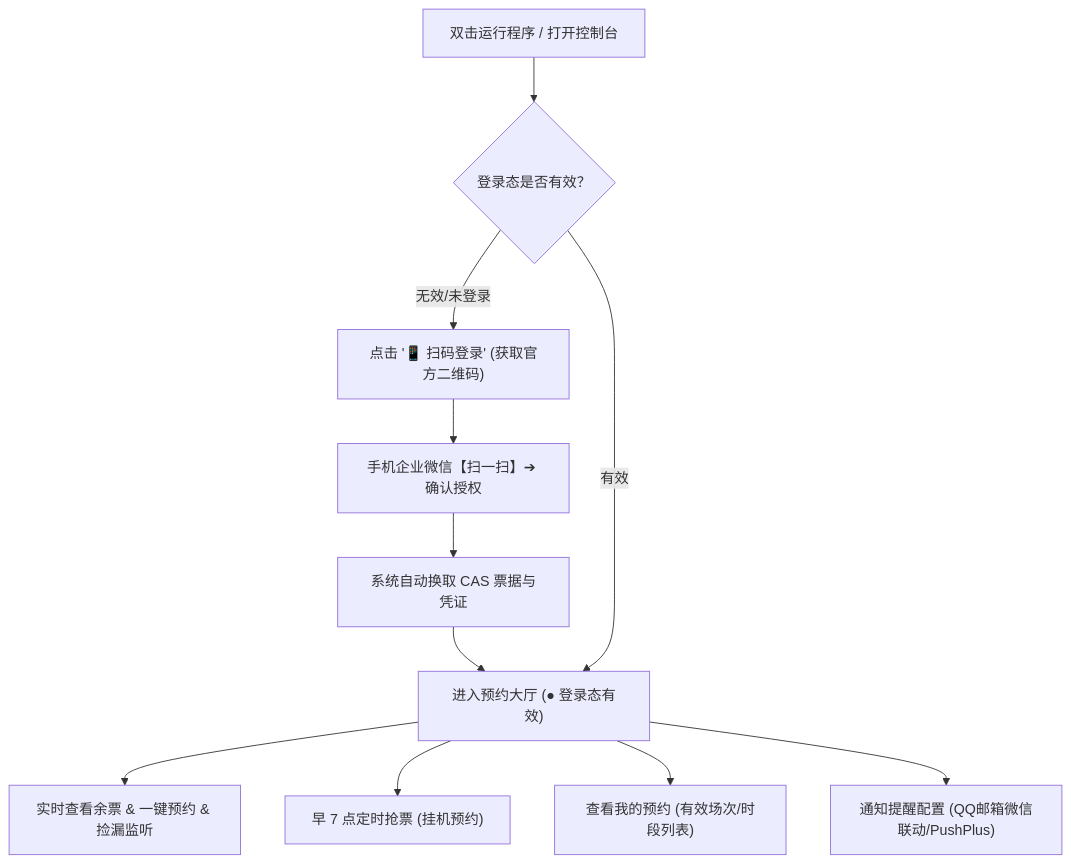
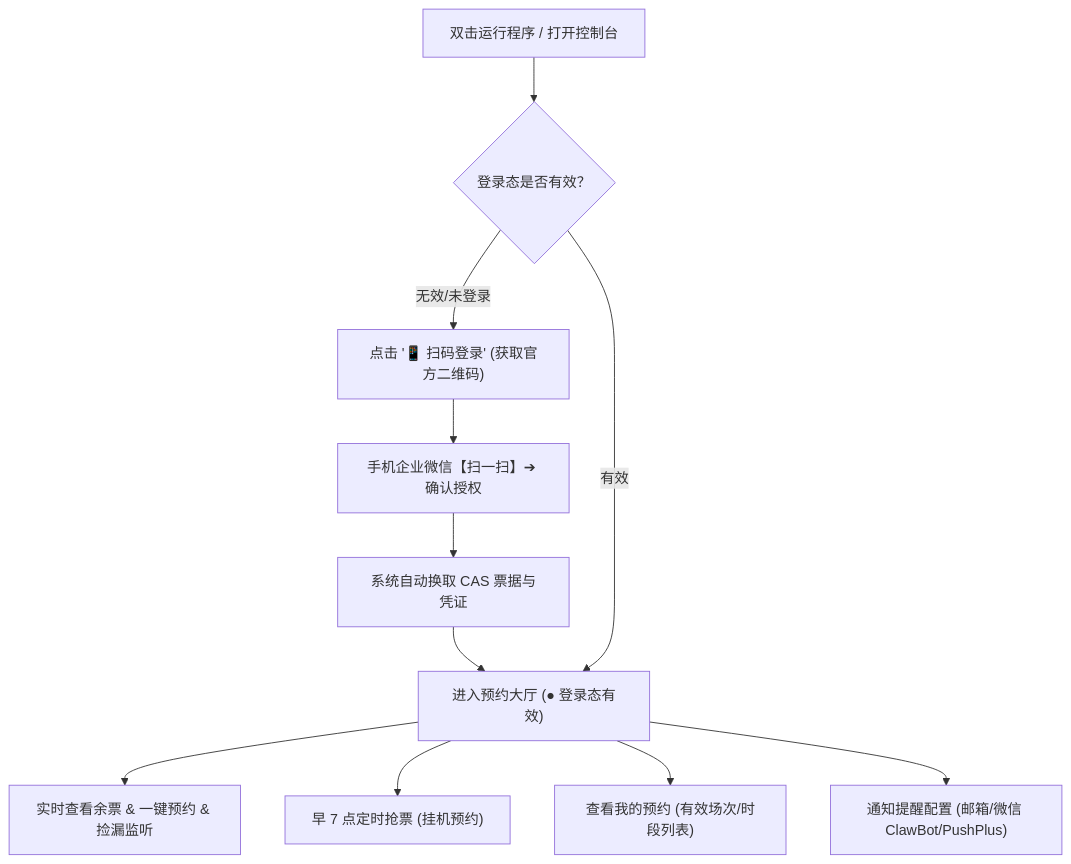
Before and after one commit to hechen-coder/XMU-Gym-reservation-script: the diagram in README.md, drawn with Mermaid. The commit also changed other lines of this file and 15 other files, not shown here.

Commit message:
feat(notify): add WeChat ClawBot alongside email with concise reminders

````diff
--- a/README.md
+++ b/README.md
@@ -77,13 +77,13 @@
 ```mermaid
 graph TD
     A["双击运行程序 / 打开控制台"] --> B{"登录态是否有效？"}
     B -- 无效/未登录 --> C["点击 '📱 扫码登录' (获取官方二维码)"]
     C --> D["手机企业微信【扫一扫】➔ 确认授权"]
     D --> E["系统自动换取 CAS 票据与凭证"]
     E --> F["进入预约大厅 (● 登录态有效)"]
     B -- 有效 --> F
     F --> G["实时查看余票 & 一键预约 & 捡漏监听"] 
     F --> H["早 7 点定时抢票 (挂机预约)"]
     F --> I["查看我的预约 (有效场次/时段列表)"]
-    F --> J["通知提醒配置 (QQ邮箱微信联动/PushPlus)"]
+    F --> J["通知提醒配置 (邮箱/微信 ClawBot/PushPlus)"]
 ```
````
